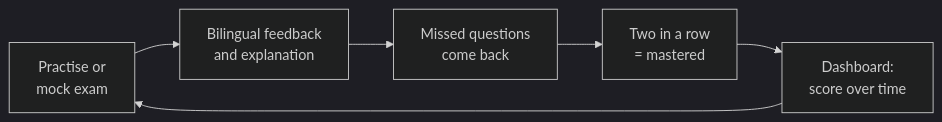
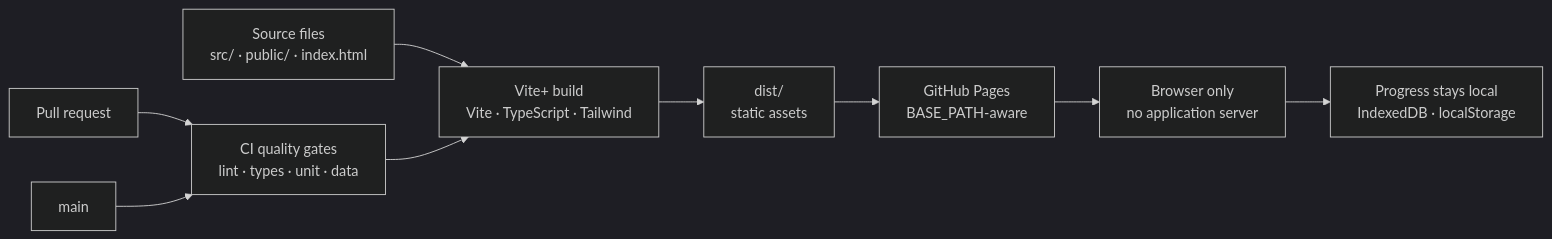
Before and after one commit to IndrajeetPatil/einbuergerungstest: the second of 2 diagrams in README.md, drawn with Mermaid (dark theme). The commit also changed other lines of this file, not shown here.

Commit message:
docs(readme): illustrate application stack and deployment

````diff
--- a/README.md
+++ b/README.md
@@ -58,8 +69,10 @@
 ```mermaid
 flowchart LR
-  Practise["Practise or<br/>mock exam"] --> Feedback["Bilingual feedback<br/>and explanation"]
-  Feedback --> Retry["Missed questions<br/>come back"]
-  Retry --> Mastery["Two in a row<br/>= mastered"]
-  Mastery --> Dashboard["Dashboard:<br/>score over time"]
-  Dashboard --> Practise
+  Source["Source files<br/>src/ · public/ · index.html"] --> VP["Vite+ build<br/>Vite · TypeScript · Tailwind"]
+  VP --> Dist["dist/<br/>static assets"]
+  Dist --> Pages["GitHub Pages<br/>BASE_PATH-aware"]
+  PR["Pull request"] --> Gates["CI quality gates<br/>lint · types · unit · data"] --> VP
+  Main["main"] --> Gates
+  Pages --> Browser["Browser only<br/>no application server"]
+  Browser --> Local["Progress stays local<br/>IndexedDB · localStorage"]
 ```
````
